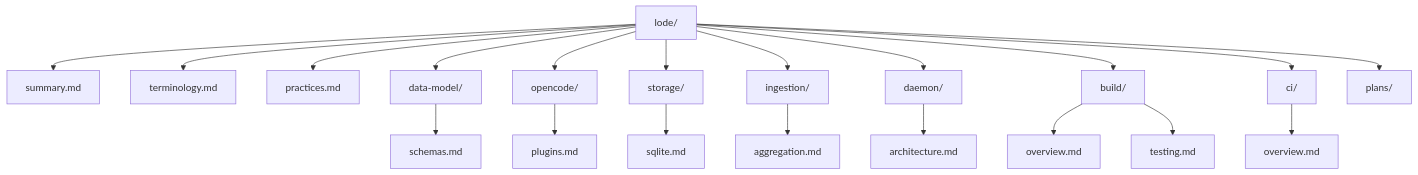
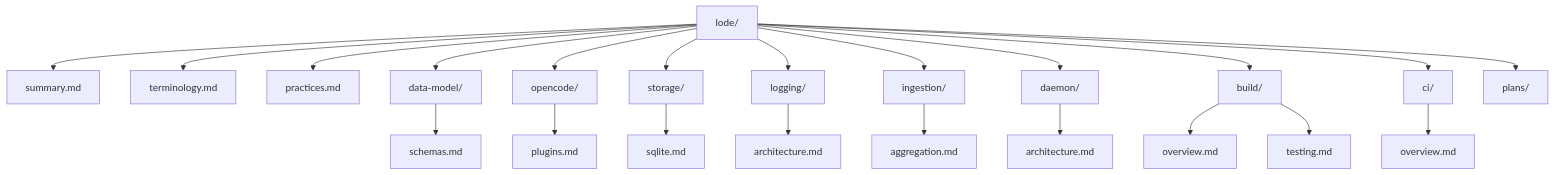
The diagram in lode/lode-map.md (dxta-dev/clankers), drawn with Mermaid before and after one commit. The commit also changed other lines of this file and 19 other files, not shown here.

````diff
--- a/lode/lode-map.md
+++ b/lode/lode-map.md
@@ -64,23 +67,25 @@
 ```mermaid
 flowchart TB
   Lode[lode/]
   Lode --> Summary[summary.md]
   Lode --> Terms[terminology.md]
   Lode --> Practices[practices.md]
   Lode --> DataModel[data-model/]
   DataModel --> Schemas[schemas.md]
   Lode --> OpenCode[opencode/]
   OpenCode --> Plugins[plugins.md]
   Lode --> Storage[storage/]
   Storage --> SQLite[sqlite.md]
+  Lode --> Logging[logging/]
+  Logging --> LogArch[architecture.md]
   Lode --> Ingestion[ingestion/]
   Ingestion --> Aggregation[aggregation.md]
   Lode --> Daemon[daemon/]
   Daemon --> DaemonArch[architecture.md]
   Lode --> Build[build/]
   Build --> BuildOverview[overview.md]
   Build --> Testing[testing.md]
   Lode --> CI[ci/]
   CI --> CIOverview[overview.md]
   Lode --> Plans[plans/]
 ```
````
